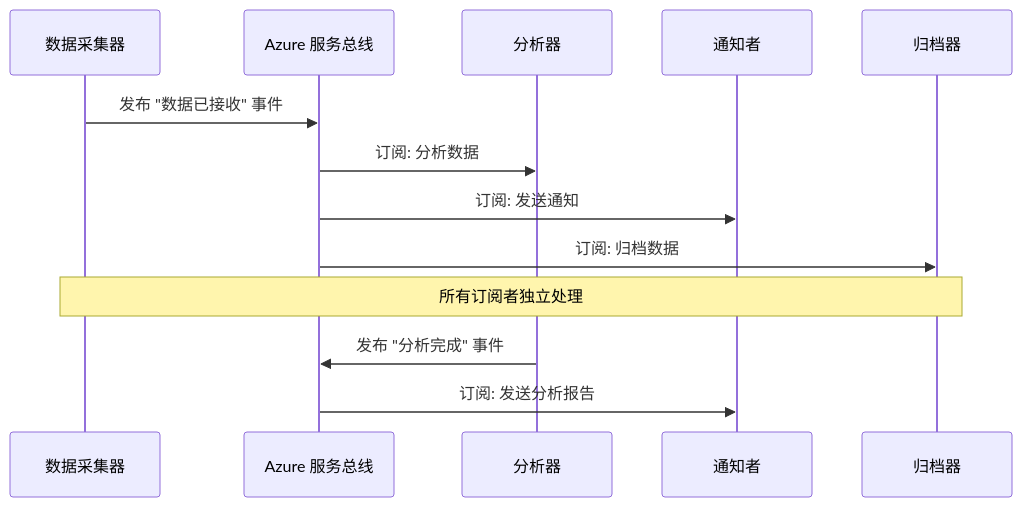
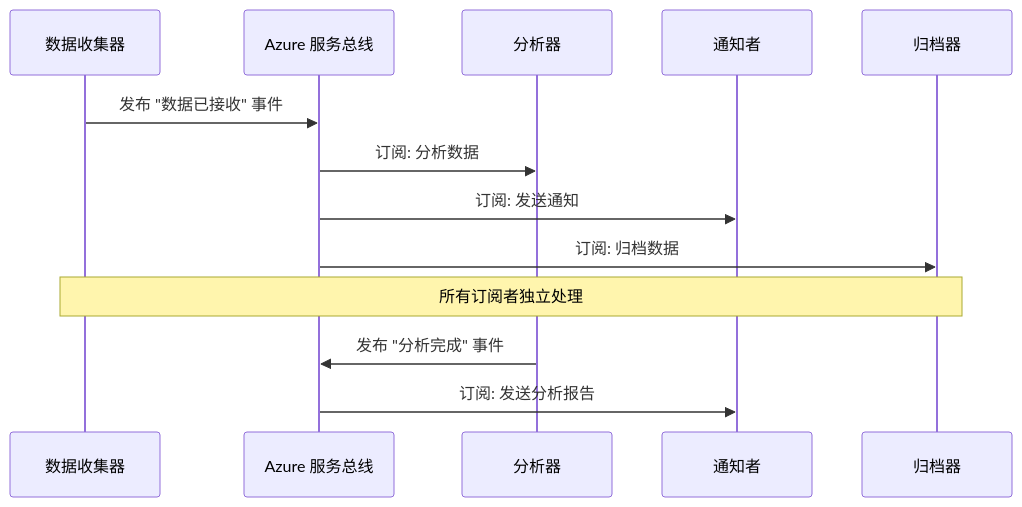
The fourth of 6 diagrams in translations/zh-CN/docs/chapter-06-pre-deployment/coordination-patterns.md (microsoft/AZD-for-beginners), drawn with Mermaid before and after one commit. The commit also changed other lines of this file and 101 other files, not shown here.

````diff
--- a/translations/zh-CN/docs/chapter-06-pre-deployment/coordination-patterns.md
+++ b/translations/zh-CN/docs/chapter-06-pre-deployment/coordination-patterns.md
@@ -191,18 +186,18 @@
 ```mermaid
 sequenceDiagram
-    participant Agent1 as 数据采集器
+    participant Agent1 as 数据收集器
     participant EventBus as Azure 服务总线
     participant Agent2 as 分析器
     participant Agent3 as 通知者
     participant Agent4 as 归档器
     
     Agent1->>EventBus: 发布 "数据已接收" 事件
     EventBus->>Agent2: 订阅: 分析数据
     EventBus->>Agent3: 订阅: 发送通知
     EventBus->>Agent4: 订阅: 归档数据
     
     Note over Agent1,Agent4: 所有订阅者独立处理
     
     Agent2->>EventBus: 发布 "分析完成" 事件
     EventBus->>Agent3: 订阅: 发送分析报告
 ```
````
